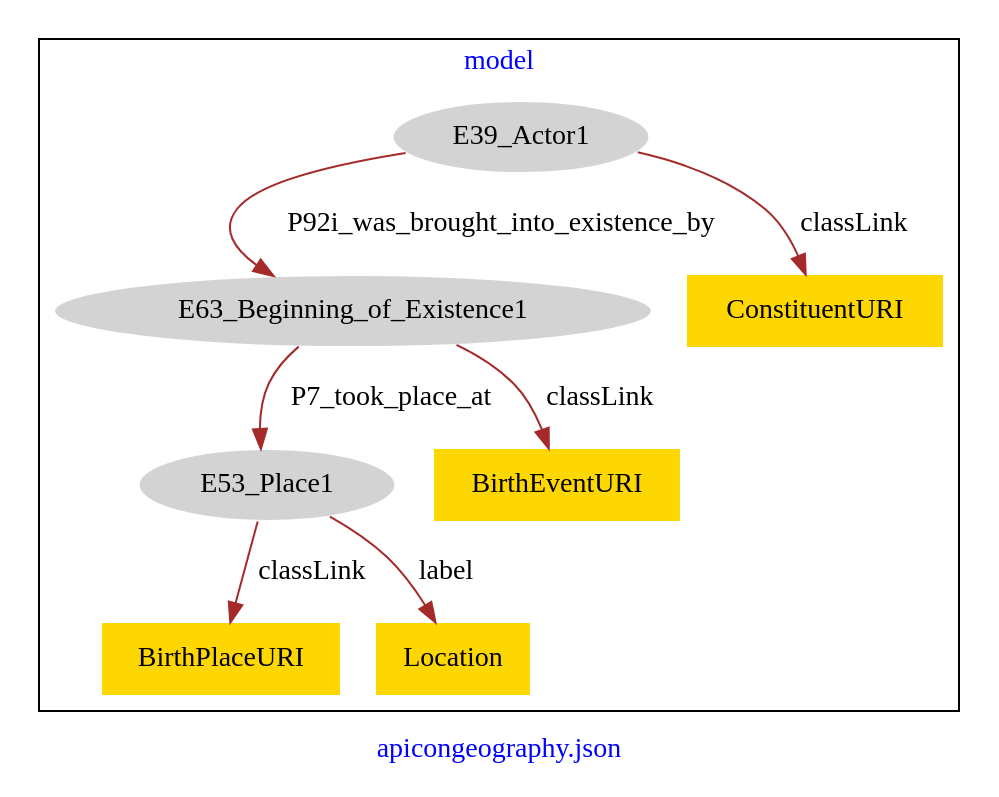
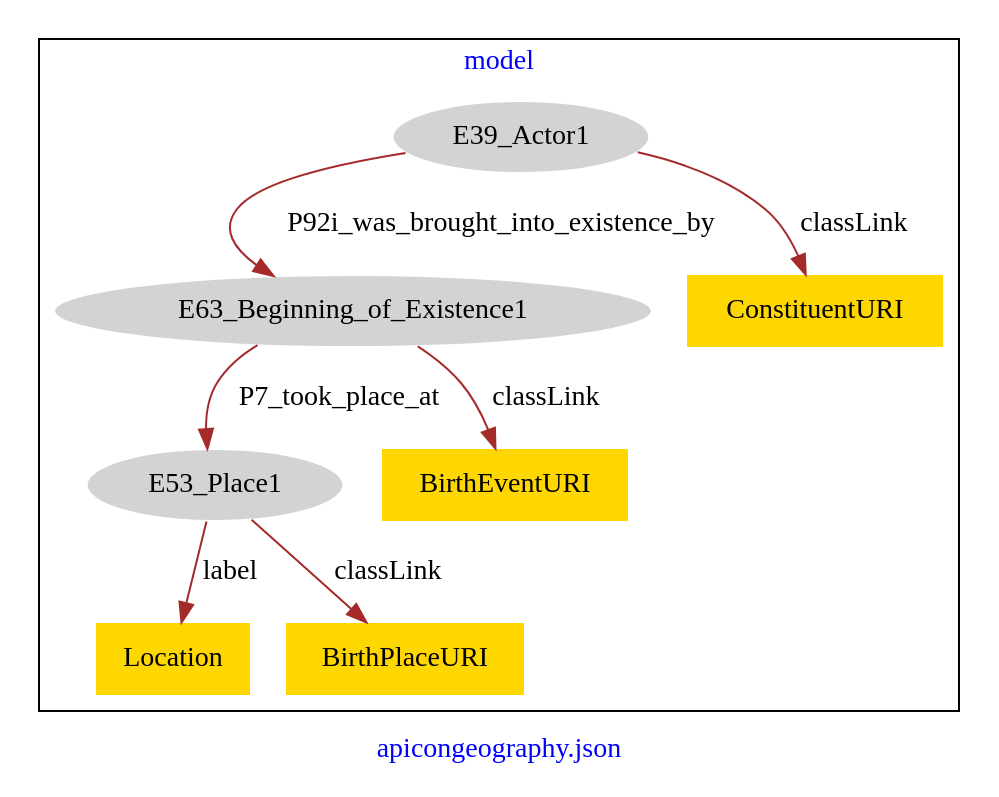
One commit to american-art/PUAM changed the diagram in apicongeography/apicongeography-birth-model.dot. Above: the diagram before and after it, drawn with Graphviz.

Commit message:
Update file apicongeography-birth-model.dot

```diff
--- a/apicongeography/apicongeography-birth-model.dot
+++ b/apicongeography/apicongeography-birth-model.dot
@@ -1,21 +1,21 @@
 digraph n0 {
 fontcolor="blue"
 remincross="true"
 label="apicongeography.json"
 subgraph cluster {
 label="model"
 n2[style="filled",color="white",fillcolor="lightgray",label="E39_Actor1"];
 n3[style="filled",color="white",fillcolor="lightgray",label="E63_Beginning_of_Existence1"];
 n4[style="filled",color="white",fillcolor="lightgray",label="E53_Place1"];
-n5[shape="plaintext",style="filled",fillcolor="gold",label="BirthPlaceURI"];
+n5[shape="plaintext",style="filled",fillcolor="gold",label="Location"];
 n6[shape="plaintext",style="filled",fillcolor="gold",label="ConstituentURI"];
-n7[shape="plaintext",style="filled",fillcolor="gold",label="BirthEventURI"];
-n8[shape="plaintext",style="filled",fillcolor="gold",label="Location"];
+n7[shape="plaintext",style="filled",fillcolor="gold",label="BirthPlaceURI"];
+n8[shape="plaintext",style="filled",fillcolor="gold",label="BirthEventURI"];
 }
 n2 -> n3[color="brown",fontcolor="black",label="P92i_was_brought_into_existence_by"]
 n3 -> n4[color="brown",fontcolor="black",label="P7_took_place_at"]
-n4 -> n5[color="brown",fontcolor="black",label="classLink"]
+n4 -> n5[color="brown",fontcolor="black",label="label"]
 n2 -> n6[color="brown",fontcolor="black",label="classLink"]
-n3 -> n7[color="brown",fontcolor="black",label="classLink"]
-n4 -> n8[color="brown",fontcolor="black",label="label"]
+n4 -> n7[color="brown",fontcolor="black",label="classLink"]
+n3 -> n8[color="brown",fontcolor="black",label="classLink"]
 }
```
